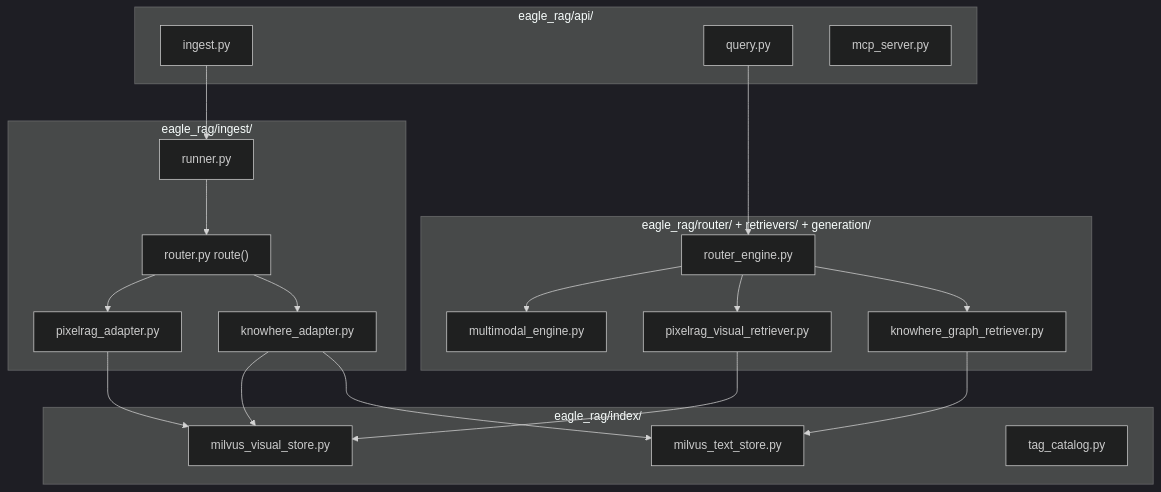
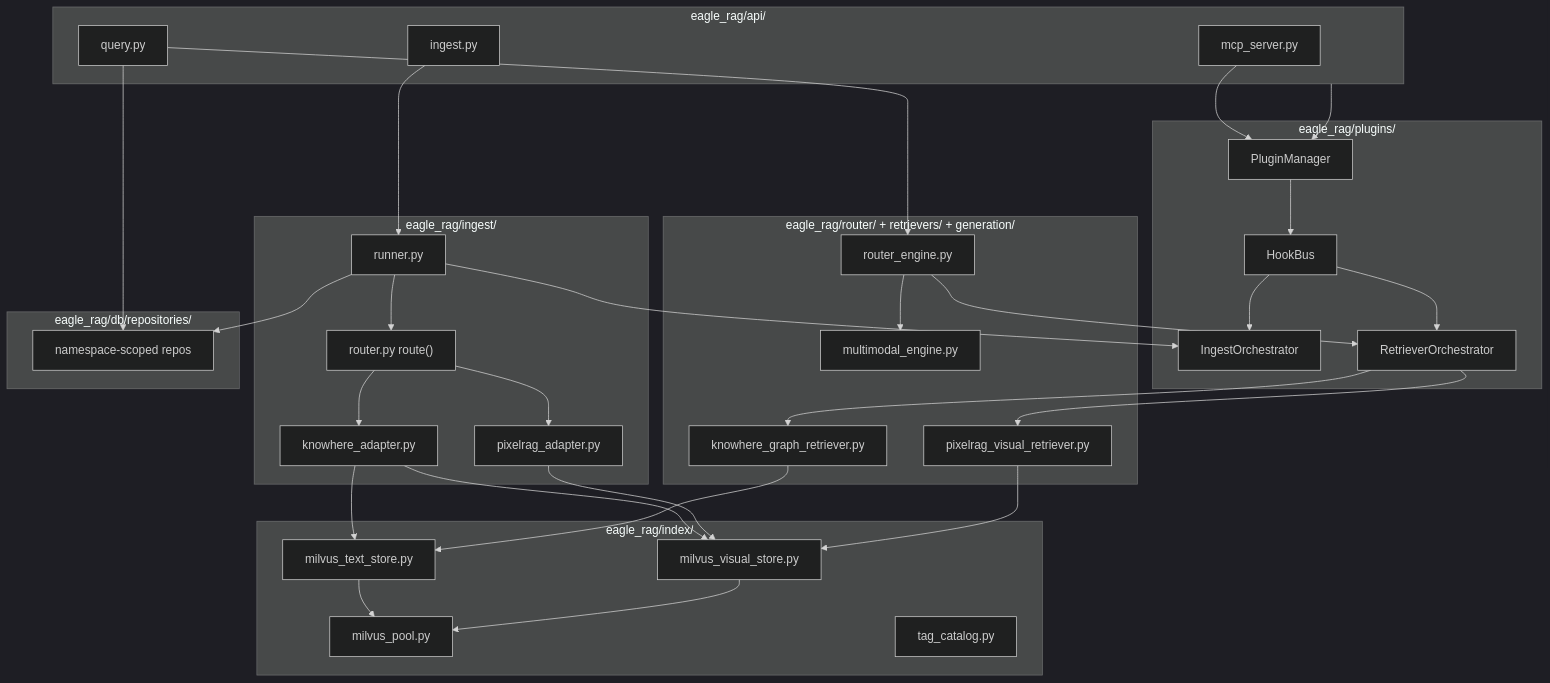
Before and after one commit to zhiweio/EagleRAG: the first of 2 diagrams in docs/en/architecture/index.md, drawn with Mermaid (dark theme). The commit also changed other lines of this file and 249 other files, not shown here.

Commit message:
feat: refactor system into micro-kernel puls plugin RAG platform

````diff
--- a/docs/en/architecture/index.md
+++ b/docs/en/architecture/index.md
@@ -46,37 +50,59 @@
 ```mermaid
 flowchart TB
     subgraph API["eagle_rag/api/"]
         INGEST_R["ingest.py"]
         QUERY_R["query.py"]
         MCP["mcp_server.py"]
+    end
+
+    subgraph Plugins["eagle_rag/plugins/"]
+        PM["PluginManager"]
+        HB["HookBus"]
+        IO["IngestOrchestrator"]
+        RO["RetrieverOrchestrator"]
     end
 
     subgraph Ingest["eagle_rag/ingest/"]
         ROUTER["router.py route()"]
         KH_ADP["knowhere_adapter.py"]
         PR_ADP["pixelrag_adapter.py"]
         RUNNER["runner.py"]
     end
 
     subgraph Query["eagle_rag/router/ + retrievers/ + generation/"]
         RE["router_engine.py"]
         KGR["knowhere_graph_retriever.py"]
         PVR["pixelrag_visual_retriever.py"]
         ME["multimodal_engine.py"]
     end
 
     subgraph Index["eagle_rag/index/"]
+        POOL["milvus_pool.py"]
         TXT["milvus_text_store.py"]
         VIS["milvus_visual_store.py"]
         TAGS["tag_catalog.py"]
     end
 
+    subgraph PG["eagle_rag/db/repositories/"]
+        REPO["namespace-scoped repos"]
+    end
+
+    API --> PM
+    MCP --> PM
+    PM --> HB
+    HB --> IO & RO
     INGEST_R --> RUNNER --> ROUTER
+    RUNNER --> IO
     ROUTER --> KH_ADP & PR_ADP
     KH_ADP --> TXT & VIS
     PR_ADP --> VIS
-    QUERY_R --> RE --> KGR & PVR
+    QUERY_R --> RE
+    RE --> RO
+    RO --> KGR & PVR
     RE --> ME
     KGR --> TXT
     PVR --> VIS
+    TXT & VIS --> POOL
+    RUNNER --> REPO
+    QUERY_R --> REPO
 ```
````
